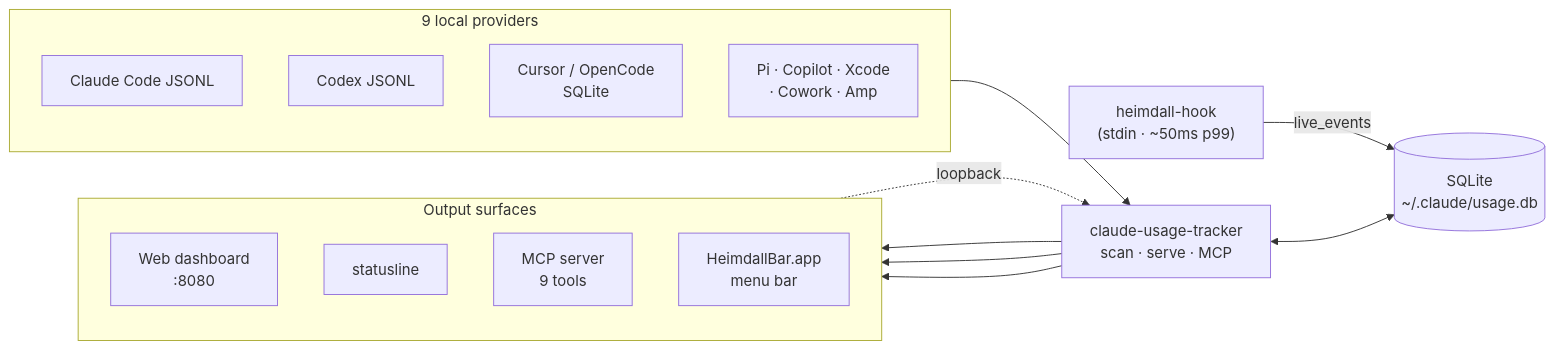
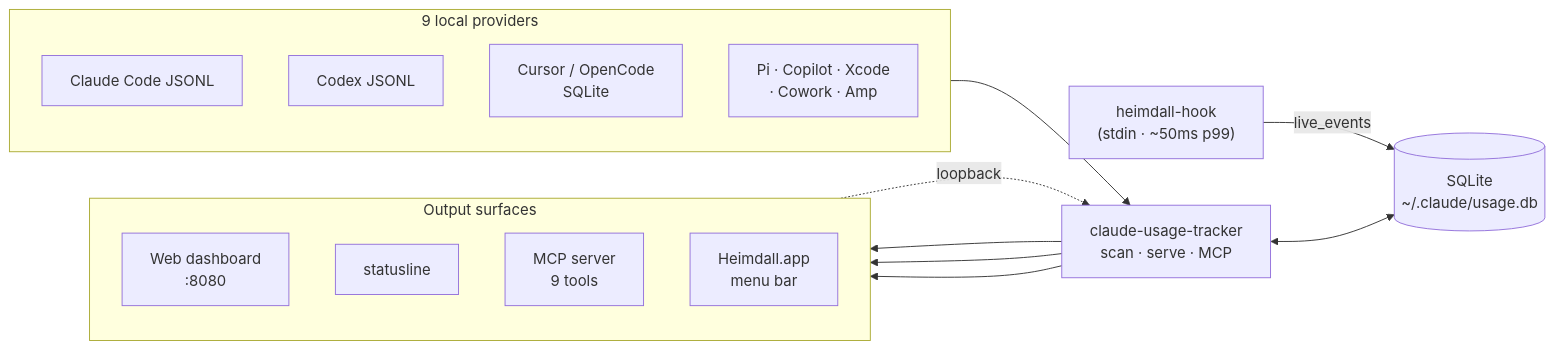
The first of 2 diagrams in docs/architecture.md (po4yka/claude-usage-tracker), drawn with Mermaid before and after one commit. The commit also changed 275 other files, not shown here.

````diff
--- a/docs/architecture.md
+++ b/docs/architecture.md
@@ -7,30 +7,30 @@
 ```mermaid
 flowchart LR
   subgraph S["9 local providers"]
     direction TB
     S1[Claude Code JSONL]
     S2[Codex JSONL]
     S3[Cursor / OpenCode<br/>SQLite]
     S4[Pi · Copilot · Xcode<br/>· Cowork · Amp]
   end
 
   HK["heimdall-hook<br/>(stdin · ~50ms p99)"]
   CLI["claude-usage-tracker<br/>scan · serve · MCP"]
   DB[("SQLite<br/>~/.claude/usage.db")]
 
   subgraph U["Output surfaces"]
     direction TB
     U1[Web dashboard<br/>:8080]
     U2[statusline]
     U3[MCP server<br/>9 tools]
-    U4[HeimdallBar.app<br/>menu bar]
+    U4[Heimdall.app<br/>menu bar]
   end
 
   S --> CLI
   HK -->|live_events| DB
   CLI <--> DB
   CLI --> U1
   CLI --> U2
   CLI --> U3
   U4 -.->|loopback| CLI
 ```
````
